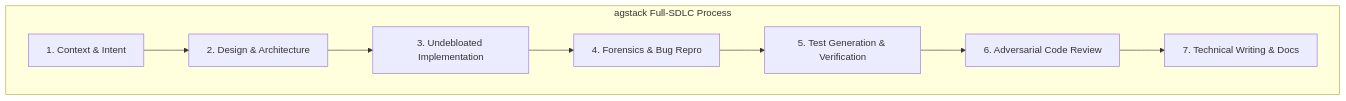
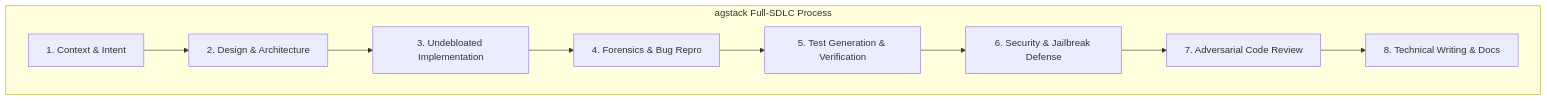
The diagram in packages/agstack/.cursor/skills/agstack-mode/SKILL.md (autonomic-ai-dev/agent-registry), drawn with Mermaid before and after one commit. The commit also changed other lines of this file and 23 other files, not shown here.

Commit message:
feat(agstack): add security-audit, jailbreak-defense playbooks, and Spine SecurityGate

````diff
--- a/packages/agstack/.cursor/skills/agstack-mode/SKILL.md
+++ b/packages/agstack/.cursor/skills/agstack-mode/SKILL.md
@@ -11,11 +11,12 @@
 ```mermaid
 flowchart TD
     subgraph SDLC ["agstack Full-SDLC Process"]
         P1["1. Context & Intent"] --> P2["2. Design & Architecture"]
         P2 --> P3["3. Undebloated Implementation"]
         P3 --> P4["4. Forensics & Bug Repro"]
         P4 --> P5["5. Test Generation & Verification"]
-        P5 --> P6["6. Adversarial Code Review"]
-        P6 --> P7["7. Technical Writing & Docs"]
+        P5 --> P6["6. Security & Jailbreak Defense"]
+        P6 --> P7["7. Adversarial Code Review"]
+        P7 --> P8["8. Technical Writing & Docs"]
     end
 ```
````
